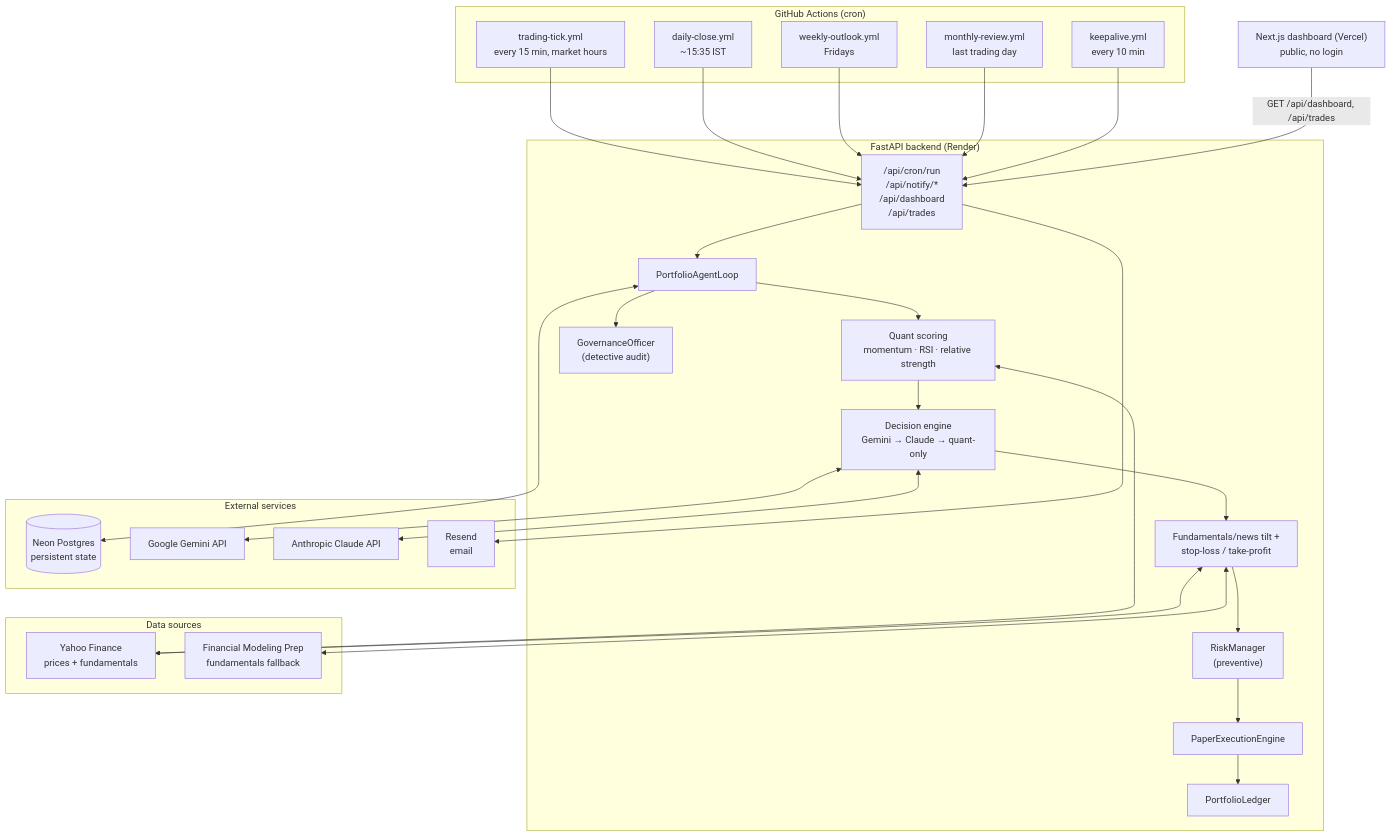
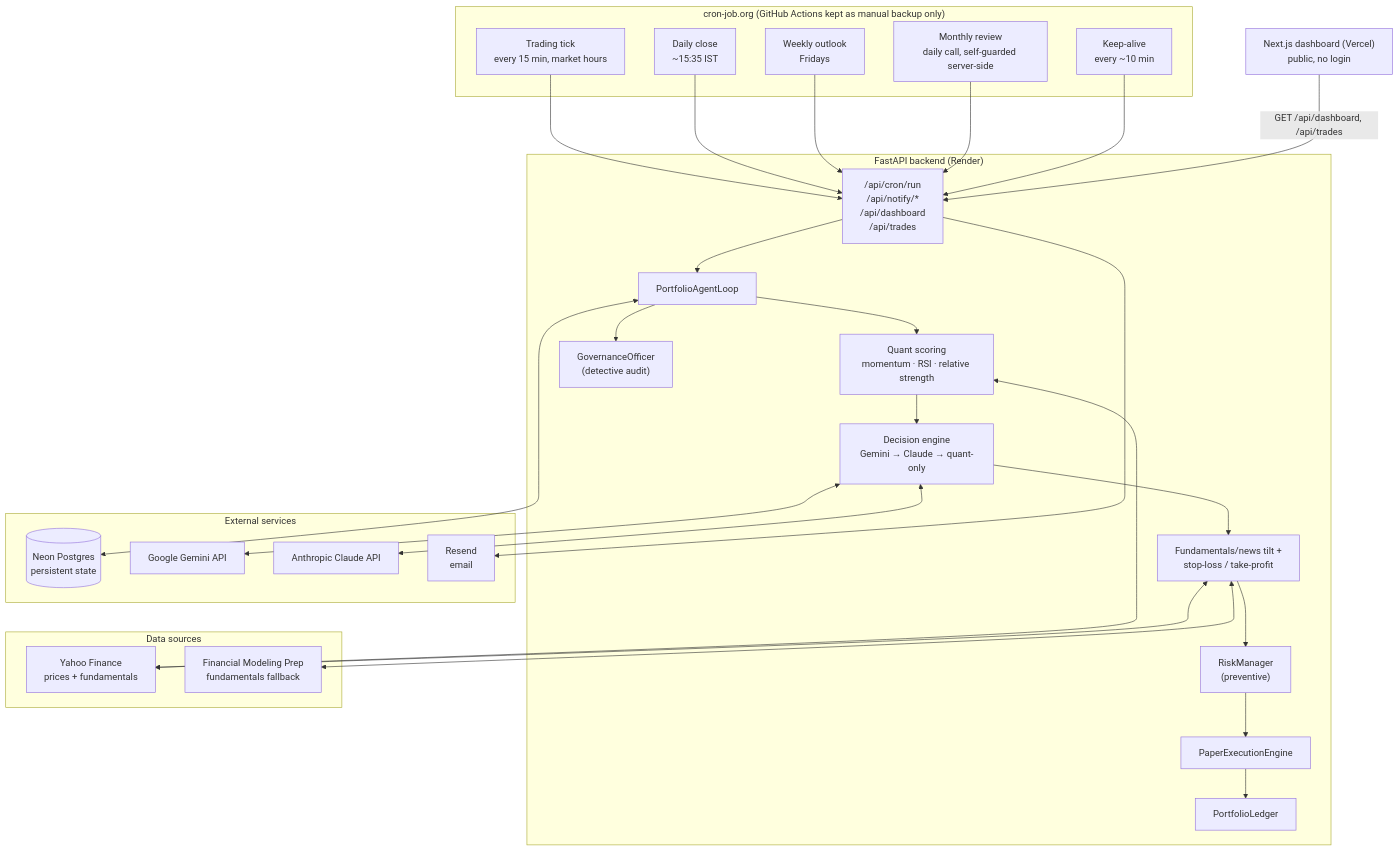
Before and after one commit to Gourabmalakar/ai-trader-agent: the diagram in README.md, drawn with Mermaid. The commit also changed other lines of this file and 10 other files, not shown here.

````diff
--- a/README.md
+++ b/README.md
@@ -47,56 +47,56 @@
 ```mermaid
 flowchart TB
-    subgraph Scheduling["GitHub Actions (cron)"]
-        TT["trading-tick.yml<br/>every 15 min, market hours"]
-        DC["daily-close.yml<br/>~15:35 IST"]
-        WO["weekly-outlook.yml<br/>Fridays"]
-        MR["monthly-review.yml<br/>last trading day"]
-        KA["keepalive.yml<br/>every 10 min"]
+    subgraph Scheduling["cron-job.org (GitHub Actions kept as manual backup only)"]
+        TT["Trading tick<br/>every 15 min, market hours"]
+        DC["Daily close<br/>~15:35 IST"]
+        WO["Weekly outlook<br/>Fridays"]
+        MR["Monthly review<br/>daily call, self-guarded server-side"]
+        KA["Keep-alive<br/>every ~10 min"]
     end
 
     subgraph Backend["FastAPI backend (Render)"]
         API["/api/cron/run<br/>/api/notify/*<br/>/api/dashboard<br/>/api/trades"]
         Loop["PortfolioAgentLoop"]
         Quant["Quant scoring<br/>momentum · RSI · relative strength"]
         Decision["Decision engine<br/>Gemini → Claude → quant-only"]
         Tilt["Fundamentals/news tilt +<br/>stop-loss / take-profit"]
         Risk["RiskManager<br/>(preventive)"]
         Exec["PaperExecutionEngine"]
         Gov["GovernanceOfficer<br/>(detective audit)"]
         Ledger["PortfolioLedger"]
     end
 
     subgraph Data["Data sources"]
         Yahoo["Yahoo Finance<br/>prices + fundamentals"]
         FMP["Financial Modeling Prep<br/>fundamentals fallback"]
     end
 
     subgraph External["External services"]
         Neon[("Neon Postgres<br/>persistent state")]
         GeminiAPI["Google Gemini API"]
         ClaudeAPI["Anthropic Claude API"]
         Resend["Resend<br/>email"]
     end
 
     Frontend["Next.js dashboard (Vercel)<br/>public, no login"]
 
     TT --> API
     DC --> API
     WO --> API
     MR --> API
     KA --> API
 
     API --> Loop
     Loop --> Quant --> Decision
     Decision <--> GeminiAPI
     Decision <--> ClaudeAPI
     Decision --> Tilt --> Risk --> Exec --> Ledger
     Loop --> Gov
     Quant <--> Yahoo
     Tilt <--> Yahoo
     Tilt <--> FMP
     Loop <--> Neon
     API --> Resend
 
     Frontend -->|"GET /api/dashboard, /api/trades"| API
 ```
````
